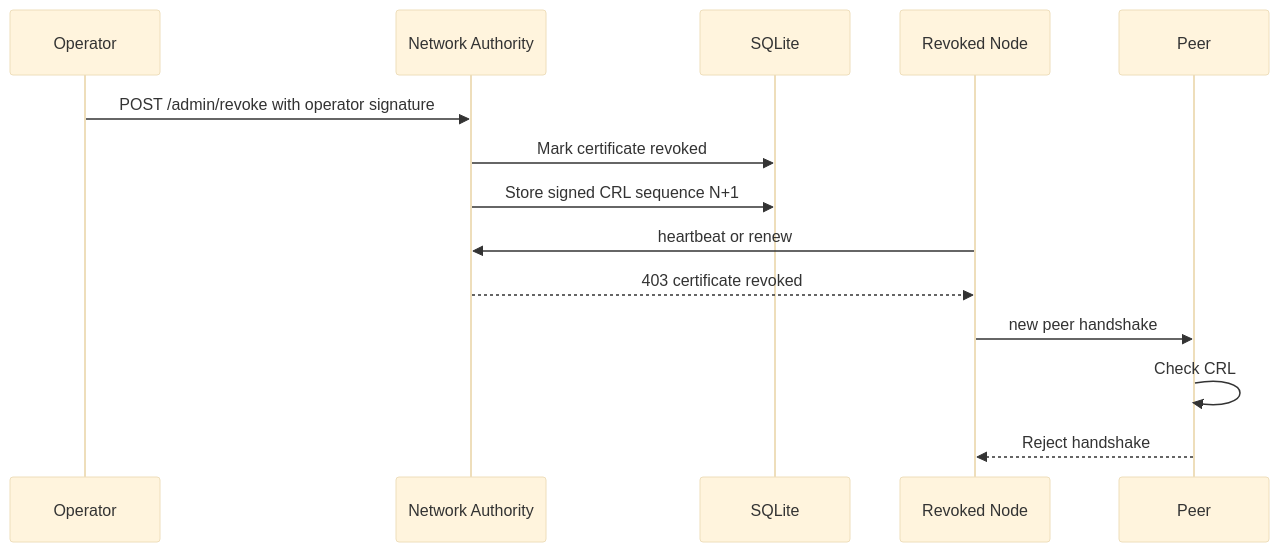
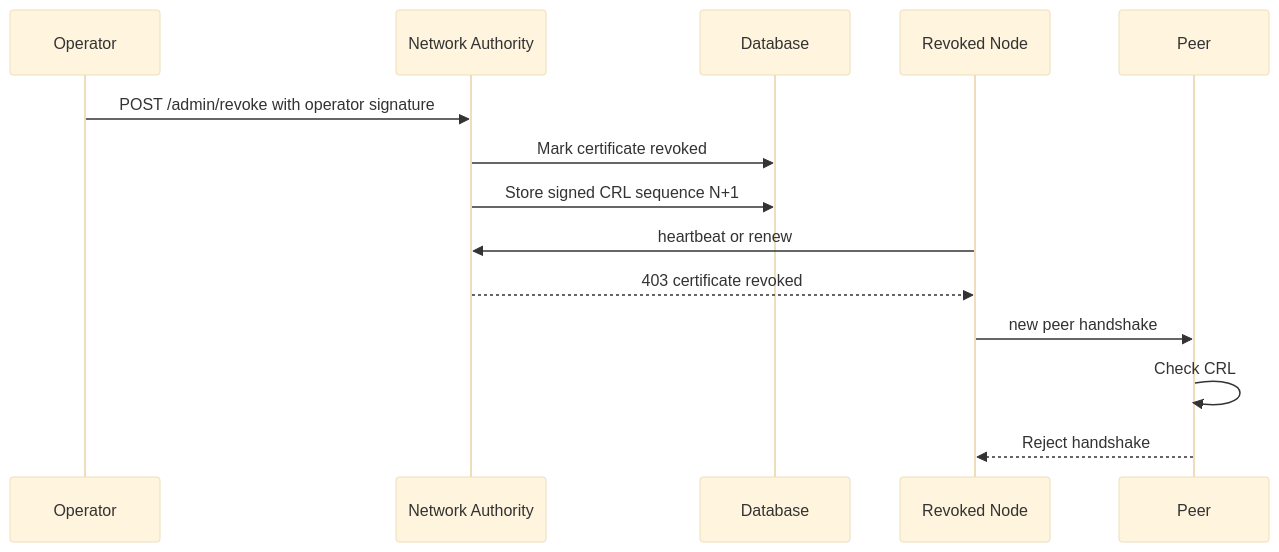
Before and after one commit to GenesisMeshLabs/genesismesh: the diagram in docs/operations/revocation.md, drawn with Mermaid (base theme). The commit also changed other lines of this file and 36 other files, not shown here.

````diff
--- a/docs/operations/revocation.md
+++ b/docs/operations/revocation.md
@@ -5,17 +5,17 @@
 ```{mermaid}
 sequenceDiagram
     participant O as Operator
     participant NA as Network Authority
-    participant DB as SQLite
+    participant DB as Database
     participant N as Revoked Node
     participant P as Peer
 
     O->>NA: POST /admin/revoke with operator signature
     NA->>DB: Mark certificate revoked
     NA->>DB: Store signed CRL sequence N+1
     N->>NA: heartbeat or renew
     NA-->>N: 403 certificate revoked
     N->>P: new peer handshake
     P->>P: Check CRL
     P-->>N: Reject handshake
 ```
````
